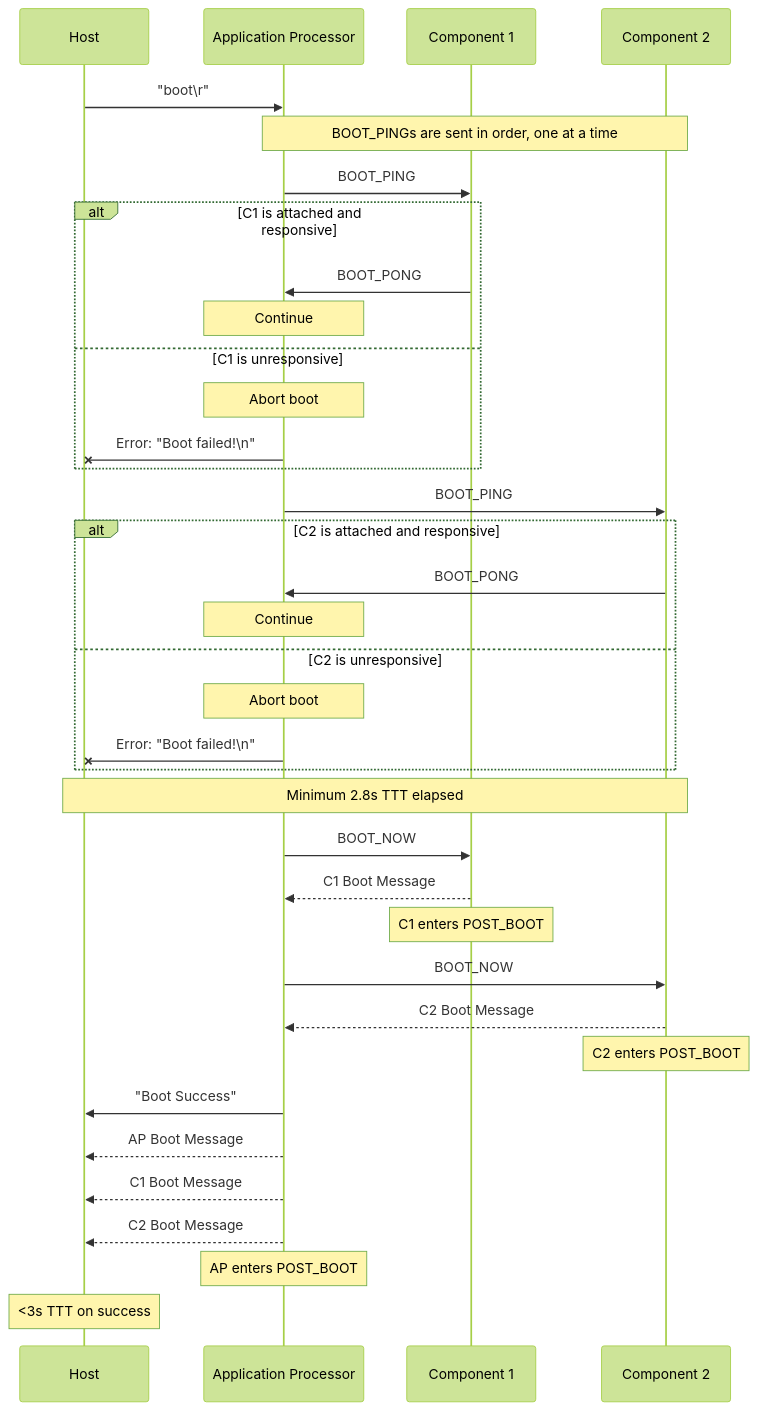
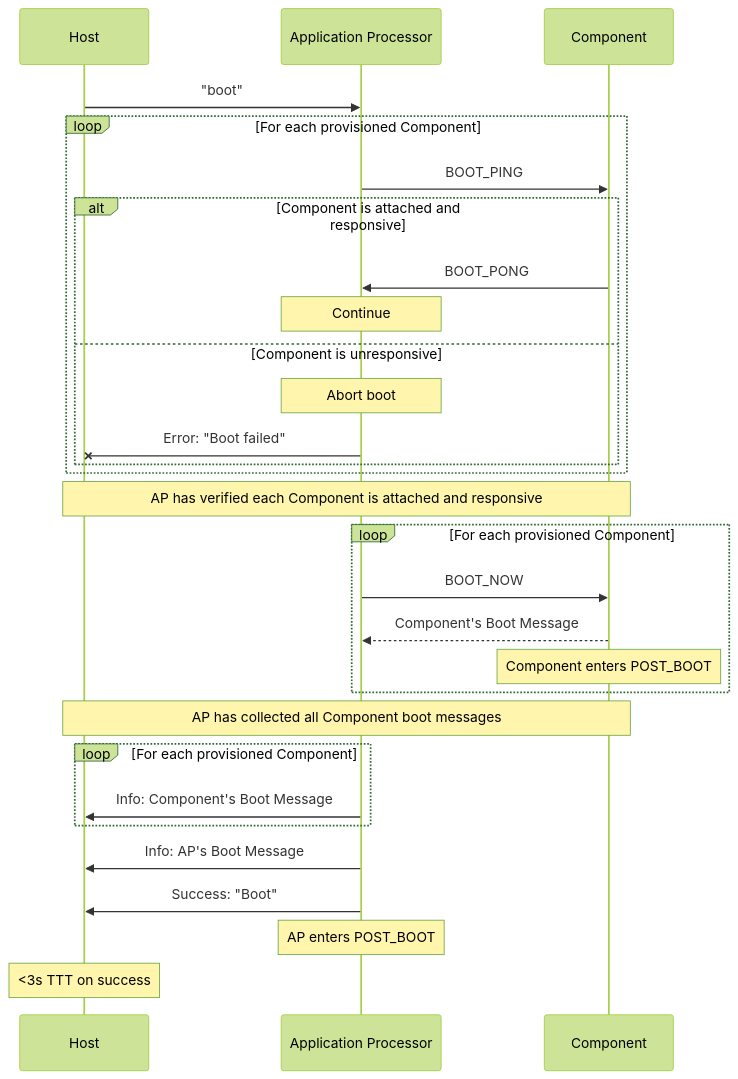
The fourth of 4 diagrams in docs/misc_protocol.md (sigpwny/2024-ectf-uiuc), drawn with Mermaid (forest theme) before and after one commit. The commit also changed other lines of this file and 6 other files, not shown here.

````diff
--- a/docs/misc_protocol.md
+++ b/docs/misc_protocol.md
@@ -155,38 +165,31 @@
-```mermaid
+```{.mermaid loc=img}
 sequenceDiagram
   participant H as Host
   participant AP as Application Processor
-  participant C1 as Component 1
-  participant C2 as Component 2
-  H ->> AP: "boot\r"
-  Note over AP, C2: BOOT_PINGs are sent in order, one at a time
-  AP ->> C1: BOOT_PING
-    alt C1 is attached and responsive
-    C1 ->> AP: BOOT_PONG
-    Note over AP: Continue
-  else C1 is unresponsive
-    Note over AP: Abort boot
-    AP -x H: Error: "Boot failed!\n"
+  participant C as Component
+  H ->> AP: "boot"
+  loop For each provisioned Component
+    AP ->> C: BOOT_PING
+      alt Component is attached and responsive
+      C ->> AP: BOOT_PONG
+      Note over AP: Continue
+    else Component is unresponsive
+      Note over AP: Abort boot
+      AP -x H: Error: "Boot failed"
+    end
   end
-  AP ->> C2: BOOT_PING
-  alt C2 is attached and responsive
-    C2 ->> AP: BOOT_PONG
-    Note over AP: Continue
-  else C2 is unresponsive
-    Note over AP: Abort boot
-    AP -x H: Error: "Boot failed!\n"
+  Note over H, C: AP has verified each Component is attached and responsive
+  loop For each provisioned Component
+    AP ->> C: BOOT_NOW
+    C -->> AP: Component's Boot Message
+    Note over C: Component enters POST_BOOT
   end
-  Note over H, C2: Minimum 2.8s TTT elapsed
-  AP ->> C1: BOOT_NOW
-  C1 -->> AP: C1 Boot Message
-  Note over C1: C1 enters POST_BOOT
-  AP ->> C2: BOOT_NOW
-  C2 -->> AP: C2 Boot Message
-  Note over C2: C2 enters POST_BOOT
-  AP ->> H: "Boot Success"
-  AP -->> H: AP Boot Message
-  AP -->> H: C1 Boot Message
-  AP -->> H: C2 Boot Message
+  Note over H, C: AP has collected all Component boot messages
+  loop For each provisioned Component
+    AP ->> H: Info: Component's Boot Message
+  end
+  AP ->> H: Info: AP's Boot Message
+  AP ->> H: Success: "Boot"
   Note over AP: AP enters POST_BOOT
   Note over H: <3s TTT on success
 ```
````
